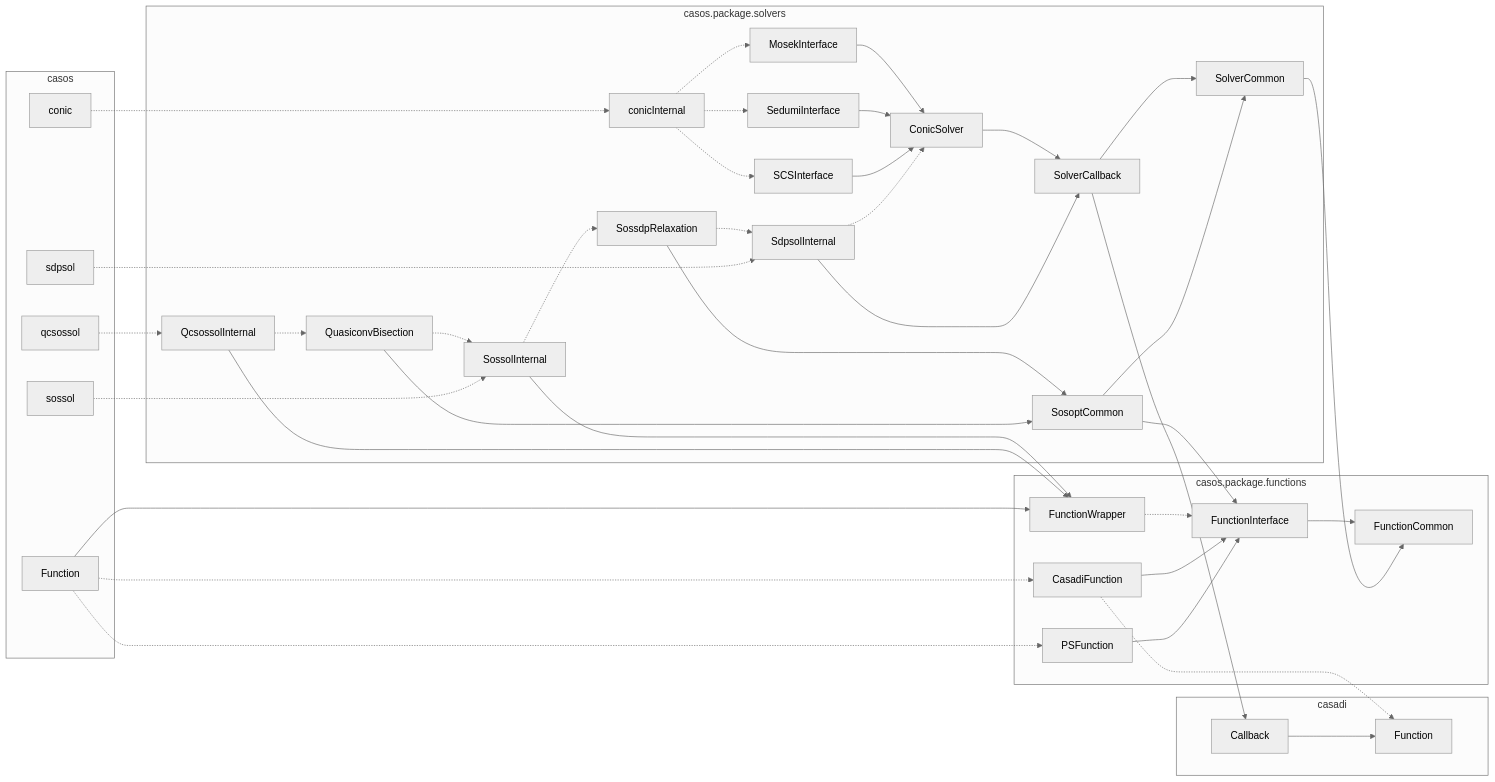
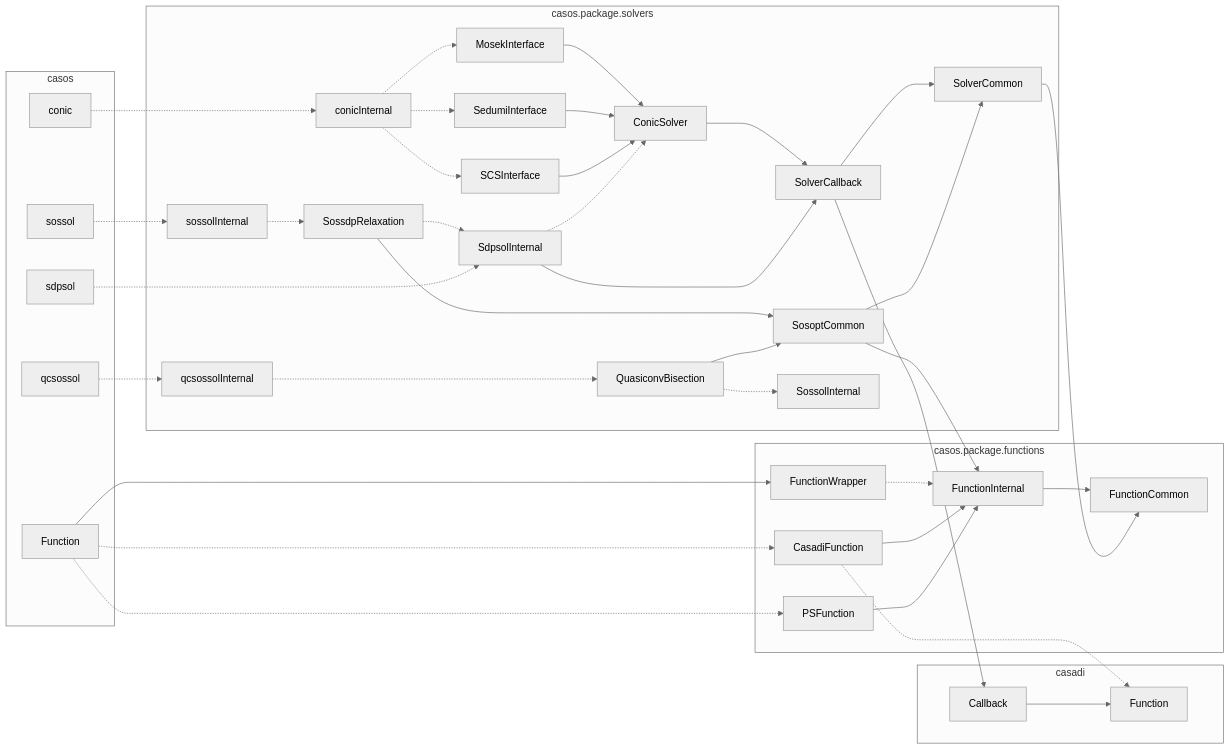
The second of 2 diagrams in +casos/+package/README.md (iFR-ACSO/casos), drawn with Mermaid (neutral theme) before and after one commit. The commit also changed other lines of this file, not shown here.

Commit message:
Update internal readme.

````diff
--- a/+casos/+package/README.md
+++ b/+casos/+package/README.md
@@ -34,51 +33,49 @@
 ```mermaid
 flowchart LR
   subgraph casadi
     casadi.Callback[Callback] --> casadi.Function[Function]
   end
   subgraph casos
     casos.Function[Function]
     casos.conic[conic]
     casos.sdpsol[sdpsol]
     casos.sossol[sossol]
     casos.qcsossol[qcsossol]
   end
   subgraph casos.package.functions
-    FunctionInterface --> FunctionCommon
-    FunctionWrapper -.-> FunctionInterface
-    CasadiFunction --> FunctionInterface
-    PSFunction --> FunctionInterface
+    FunctionInternal --> FunctionCommon
+    FunctionWrapper -.-> FunctionInternal
+    CasadiFunction --> FunctionInternal
+    PSFunction --> FunctionInternal
   end
   subgraph casos.package.solvers
     ConicSolver --> SolverCallback
     SolverCallback --> SolverCommon
     MosekInterface --> ConicSolver
     SedumiInterface --> ConicSolver
     SCSInterface --> ConicSolver
     SdpsolInternal --> SolverCallback
     SdpsolInternal -.-> ConicSolver
     conicInternal -.-> MosekInterface
     conicInternal -.-> SedumiInterface
     conicInternal -.-> SCSInterface
     SosoptCommon --> SolverCommon
-    SossolInternal --> FunctionWrapper
-    SossolInternal -.-> SossdpRelaxation
+    sossolInternal -.-> SossdpRelaxation
     SossdpRelaxation --> SosoptCommon
     SossdpRelaxation -.-> SdpsolInternal
-    QcsossolInternal --> FunctionWrapper
-    QcsossolInternal -.-> QuasiconvBisection
+    qcsossolInternal -.-> QuasiconvBisection
     QuasiconvBisection --> SosoptCommon
     QuasiconvBisection -.-> SossolInternal
   end
   casos.Function --> FunctionWrapper
   casos.Function -.-> CasadiFunction
   casos.Function -.-> PSFunction
   CasadiFunction -.-> casadi.Function
   SolverCallback --> casadi.Callback
   SolverCommon --> FunctionCommon
-  SosoptCommon --> FunctionInterface
+  SosoptCommon --> FunctionInternal
   casos.conic -.-> conicInternal
   casos.sdpsol -.-> SdpsolInternal
-  casos.sossol -.-> SossolInternal
-  casos.qcsossol -.-> QcsossolInternal
+  casos.sossol -.-> sossolInternal
+  casos.qcsossol -.-> qcsossolInternal
 ```
````
